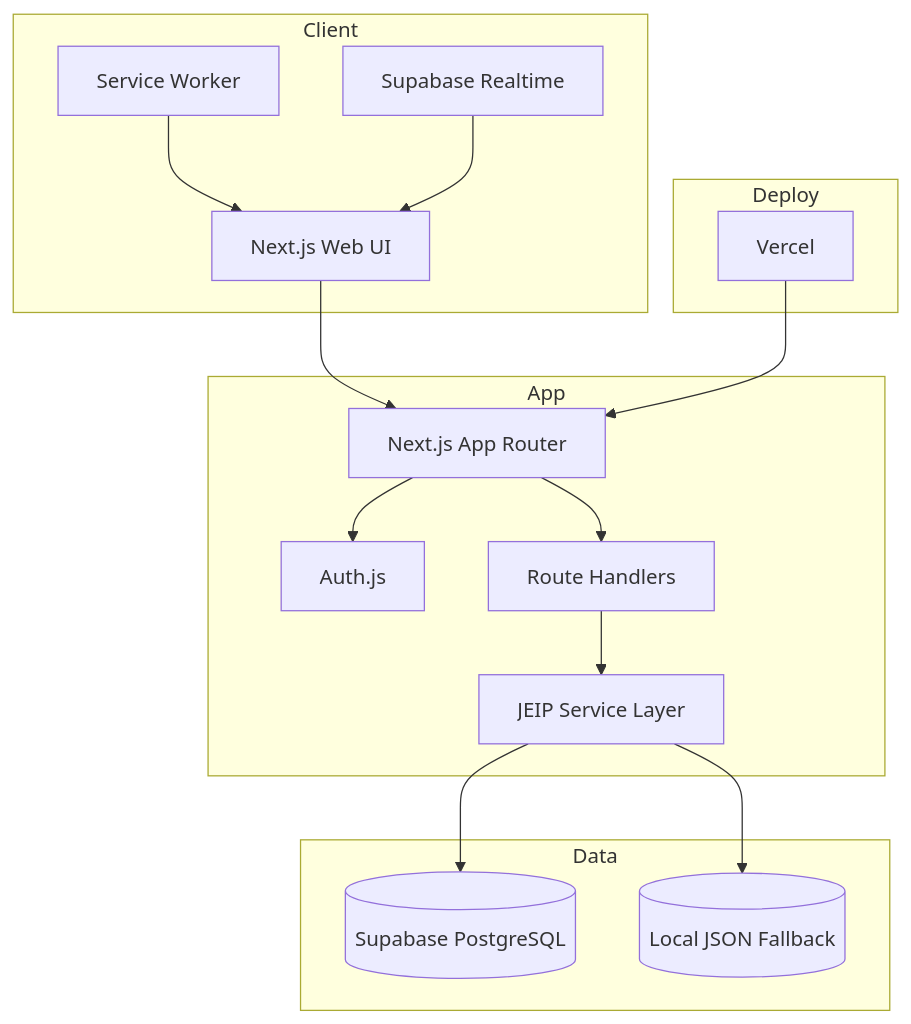
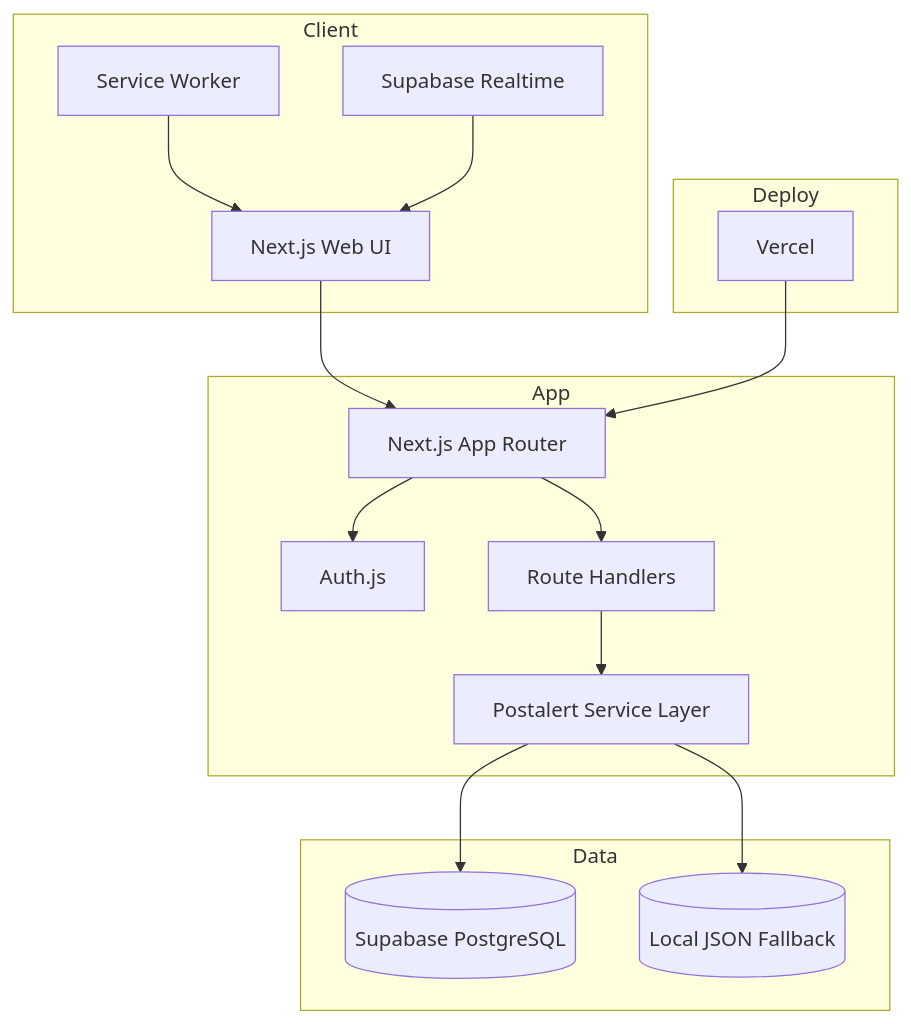
The diagram in .kiro/specs/jamaica-emergency-platform/design.md (Assas2401419/PostAlert), drawn with Mermaid before and after one commit. The commit also changed other lines of this file and 16 other files, not shown here.

````diff
--- a/.kiro/specs/jamaica-emergency-platform/design.md
+++ b/.kiro/specs/jamaica-emergency-platform/design.md
@@ -28,34 +28,34 @@
 ```mermaid
 graph TB
     subgraph Client
         WEB[Next.js Web UI]
         SW[Service Worker]
         RT[Supabase Realtime]
     end
 
     subgraph App
         APP[Next.js App Router]
         AUTH[Auth.js]
         API[Route Handlers]
-        STORE[JEIP Service Layer]
+        STORE[Postalert Service Layer]
     end
 
     subgraph Data
         SUPA[(Supabase PostgreSQL)]
         LOCAL[(Local JSON Fallback)]
     end
 
     subgraph Deploy
         VERCEL[Vercel]
     end
 
     WEB --> APP
     SW --> WEB
     RT --> WEB
     APP --> AUTH
     APP --> API
     API --> STORE
     STORE --> SUPA
     STORE --> LOCAL
     VERCEL --> APP
 ```
````
